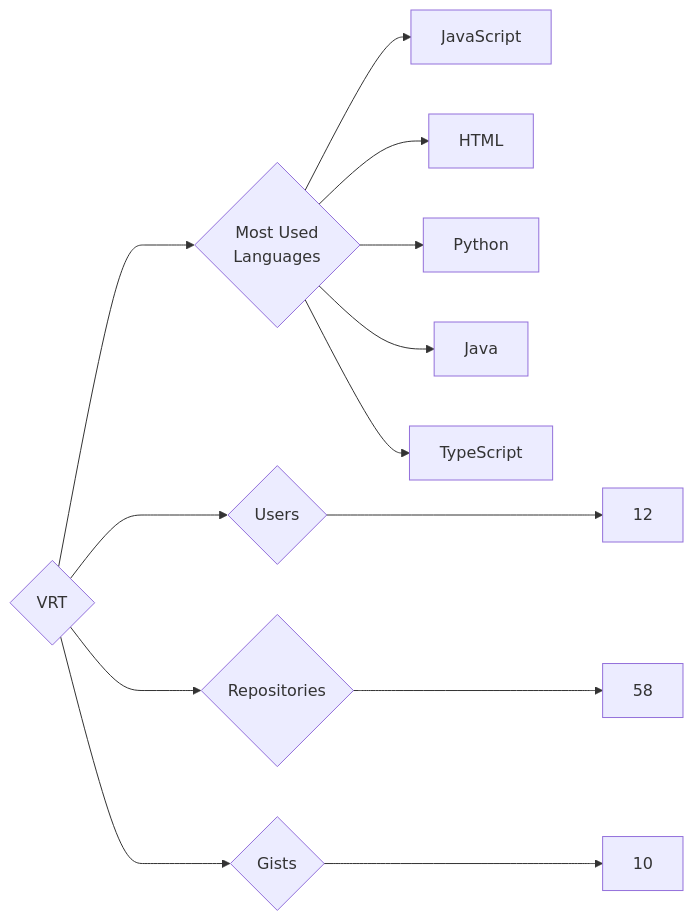
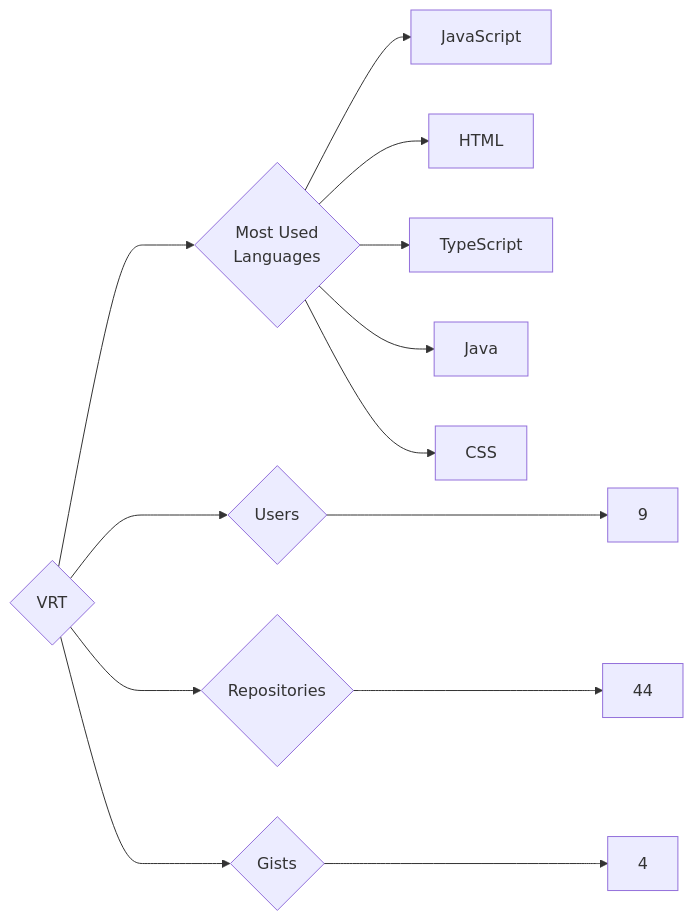
One commit to trickest/insiders changed the diagram in targets/VRT/README.md. Above: the diagram before and after it, drawn with Mermaid. The commit also changed 955 other files, not shown here.

````diff
--- a/targets/VRT/README.md
+++ b/targets/VRT/README.md
@@ -3,13 +3,13 @@
 ```mermaid
 graph LR
 COMPANY_NAME{VRT}
-COMPANY_NAME ---> U{Users} ---> UN[12]
-COMPANY_NAME ---> R{Repositories} ---> RN[58]
-COMPANY_NAME ---> G{Gists} ---> GN[10]
+COMPANY_NAME ---> U{Users} ---> UN[9]
+COMPANY_NAME ---> R{Repositories} ---> RN[44]
+COMPANY_NAME ---> G{Gists} ---> GN[4]
 COMPANY_NAME ---> ML{Most Used<br>Languages}
 ML --> JavaScript[JavaScript]
 ML --> HTML[HTML]
-ML --> Python[Python]
+ML --> TypeScript[TypeScript]
 ML --> Java[Java]
-ML --> TypeScript[TypeScript]
+ML --> CSS[CSS]
 ```
````
